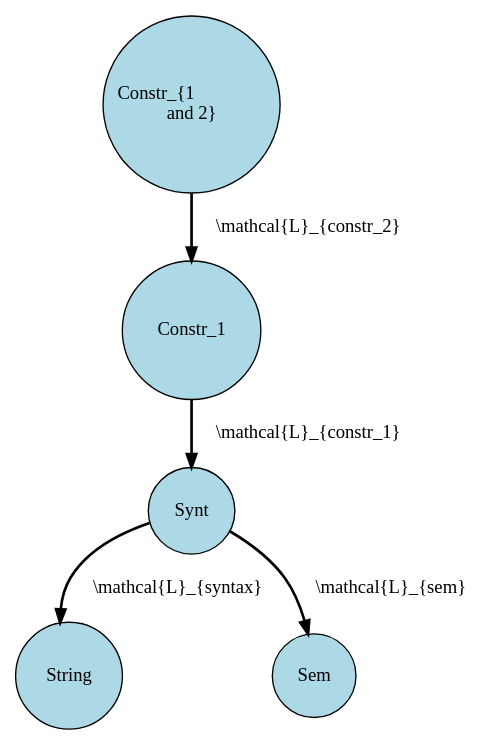
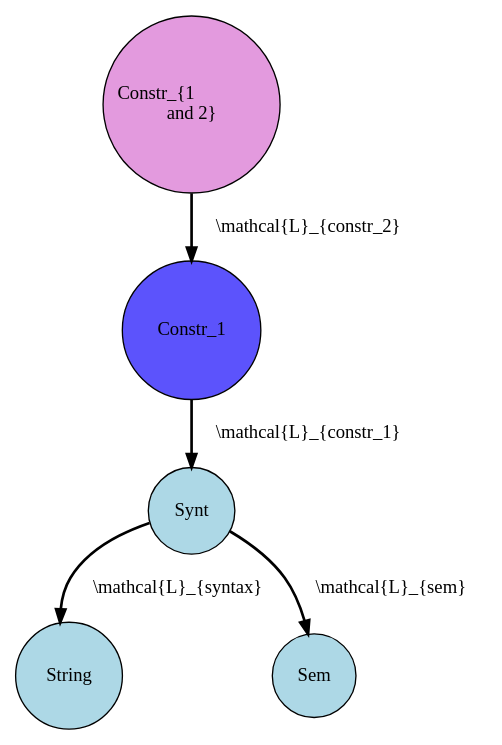
Before and after one commit to jirkamarsik/master-thesis: the diagram in diagrams/constr-fail-1.dot, drawn with Graphviz. The commit also changed 13 other files, not shown here.

```diff
--- a/diagrams/constr-fail-1.dot
+++ b/diagrams/constr-fail-1.dot
@@ -1,8 +1,10 @@
 strict digraph "constr-fail-1" {
   node [shape="circle",style="filled",fillcolor="lightblue"]
   edge [style="bold"]
+  "Constr_1" [fillcolor="#5C53FC"]
+  "Constr_{1 \land 2}" [fillcolor="#E39ADE"]
   "Constr_{1 \land 2}" -> "Constr_1" [label="\\mathcal{L}_{constr_2}"]
   "Constr_1" -> "Synt" [label="\\mathcal{L}_{constr_1}"]
   "Synt" -> "String" [label="\\mathcal{L}_{syntax}"]
   "Synt" -> "Sem" [label="\\mathcal{L}_{sem}"]
 }
```
